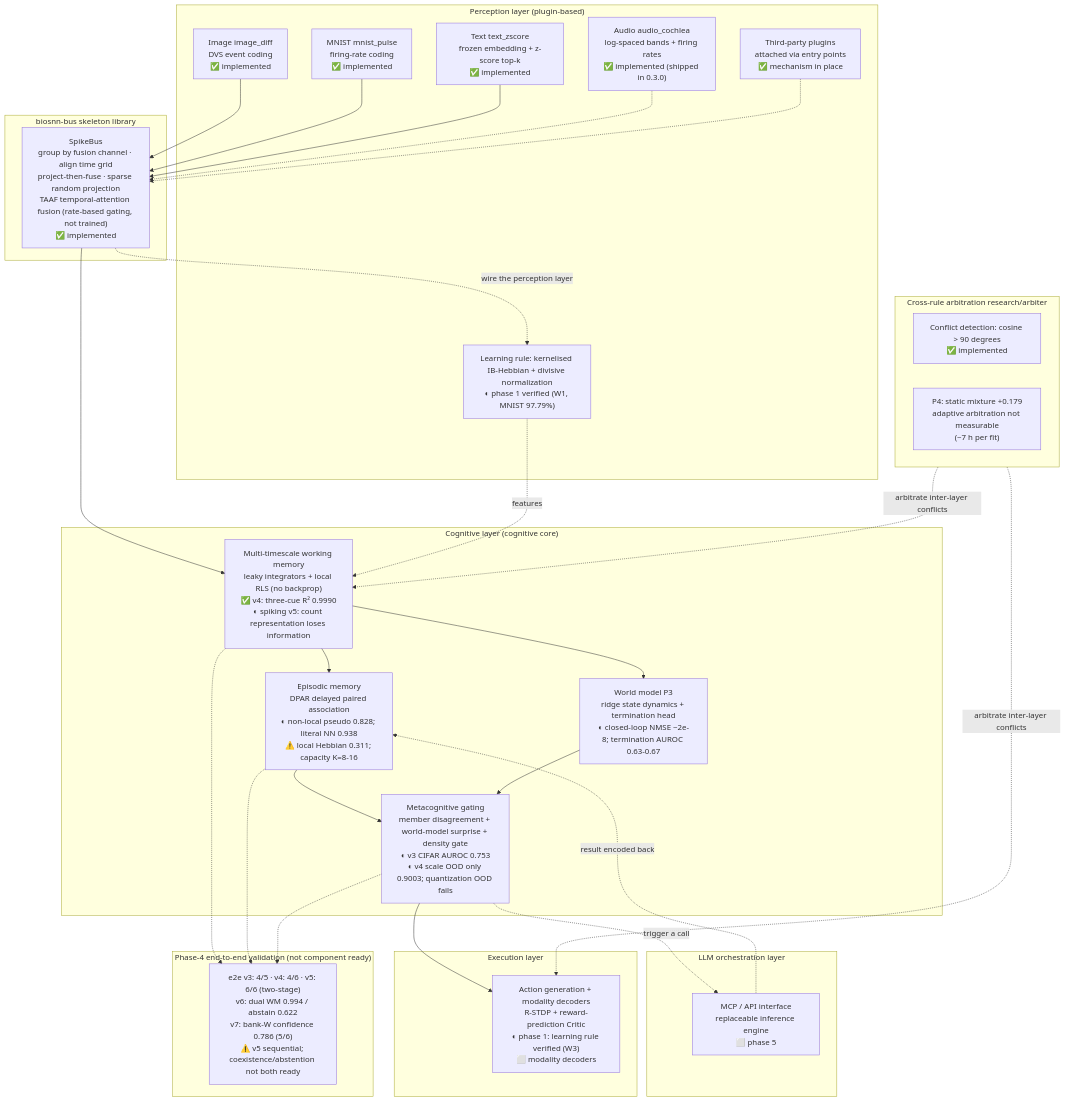
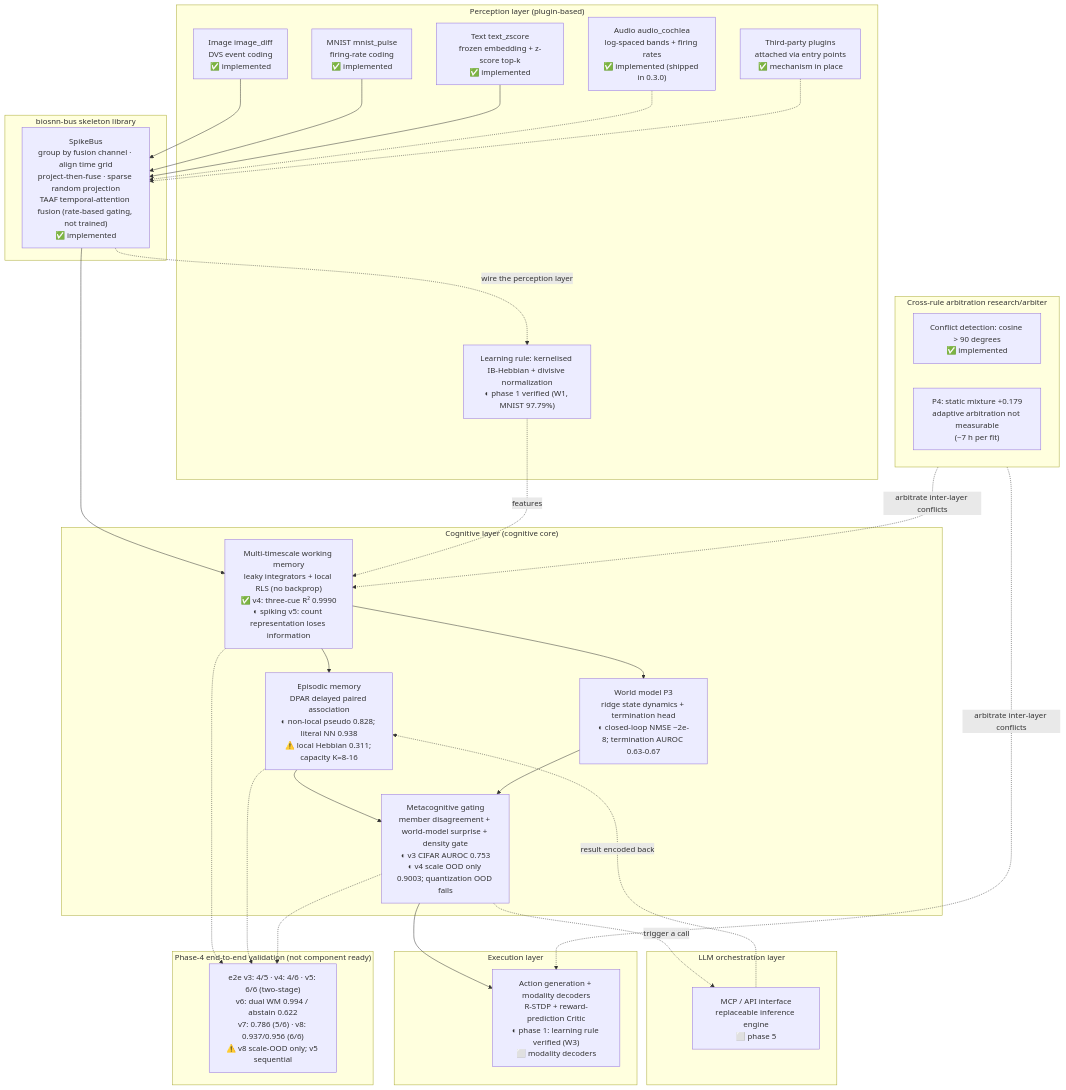
Before and after one commit to lzmd-arch/BioSNN-Plug: the diagram in README.en.md, drawn with Mermaid. The commit also changed other lines of this file and 8 other files, not shown here.

Commit message:
阶段四端到端 v8 结果：共享状态 + bank W 尺度门 6/6 ready

````diff
--- a/README.en.md
+++ b/README.en.md
@@ -148,60 +148,60 @@
 ```mermaid
 flowchart TB
     subgraph L5["LLM orchestration layer"]
         MCP["MCP / API interface<br/>replaceable inference engine<br/>⬜ phase 5"]
     end
 
     subgraph L4["Execution layer"]
         ACT["Action generation + modality decoders<br/>R-STDP + reward-prediction Critic<br/>◐ phase 1: learning rule verified (W3)<br/>⬜ modality decoders"]
     end
 
     subgraph L3["Cognitive layer (cognitive core)"]
         WM["Multi-timescale working memory<br/>leaky integrators + local RLS (no backprop)<br/>✅ v4: three-cue R² 0.9990<br/>◐ spiking v5: count representation loses information"]
         EM["Episodic memory<br/>DPAR delayed paired association<br/>◐ non-local pseudo 0.828; literal NN 0.938<br/>⚠️ local Hebbian 0.311; capacity K=8-16"]
         MG["Metacognitive gating<br/>member disagreement + world-model surprise + density gate<br/>◐ v3 CIFAR AUROC 0.753<br/>◐ v4 scale OOD only 0.9003; quantization OOD fails"]
         WMODEL["World model P3<br/>ridge state dynamics + termination head<br/>◐ closed-loop NMSE ~2e-8; termination AUROC 0.63-0.67"]
     end
 
     subgraph ARB["Cross-rule arbitration research/arbiter"]
         CF["Conflict detection: cosine > 90 degrees<br/>✅ implemented"]
         ES["P4: static mixture +0.179<br/>adaptive arbitration not measurable<br/>(~7 h per fit)"]
     end
 
     subgraph L2["biosnn-bus skeleton library"]
         BUS["SpikeBus<br/>group by fusion channel · align time grid<br/>project-then-fuse · sparse random projection<br/>TAAF temporal-attention fusion (rate-based gating, not trained)<br/>✅ implemented"]
     end
 
     subgraph L1["Perception layer (plugin-based)"]
         IMG["Image image_diff<br/>DVS event coding<br/>✅ implemented"]
         MN["MNIST mnist_pulse<br/>firing-rate coding<br/>✅ implemented"]
         TXT["Text text_zscore<br/>frozen embedding + z-score top-k<br/>✅ implemented"]
         AUD["Audio audio_cochlea<br/>log-spaced bands + firing rates<br/>✅ implemented (shipped in 0.3.0)"]
         THIRD["Third-party plugins<br/>attached via entry points<br/>✅ mechanism in place"]
         HEB["Learning rule: kernelised IB-Hebbian + divisive normalization<br/>◐ phase 1 verified (W1, MNIST 97.79%)"]
     end
 
     IMG --> BUS
     MN --> BUS
     TXT --> BUS
     AUD -.-> BUS
     THIRD -.-> BUS
     BUS --> WM
     BUS -.->|wire the perception layer| HEB
     HEB -.->|features| WM
     WM --> EM
     WM --> WMODEL
     EM --> MG
     WMODEL --> MG
     MG --> ACT
     MG -.->|trigger a call| MCP
     MCP -.->|result encoded back| EM
     ARB -.->|arbitrate inter-layer conflicts| WM
     ARB -.->|arbitrate inter-layer conflicts| ACT
 
     subgraph S4["Phase-4 end-to-end validation (not component ready)"]
-        E2E["e2e v3: 4/5 · v4: 4/6 · v5: 6/6 (two-stage)<br/>v6: dual WM 0.994 / abstain 0.622<br/>v7: bank-W confidence 0.786 (5/6)<br/>⚠️ v5 sequential; coexistence/abstention not both ready"]
+        E2E["e2e v3: 4/5 · v4: 4/6 · v5: 6/6 (two-stage)<br/>v6: dual WM 0.994 / abstain 0.622<br/>v7: 0.786 (5/6) · v8: 0.937/0.956 (6/6)<br/>⚠️ v8 scale-OOD only; v5 sequential"]
     end
     WM -.-> E2E
     EM -.-> E2E
     MG -.-> E2E
 ```
````
